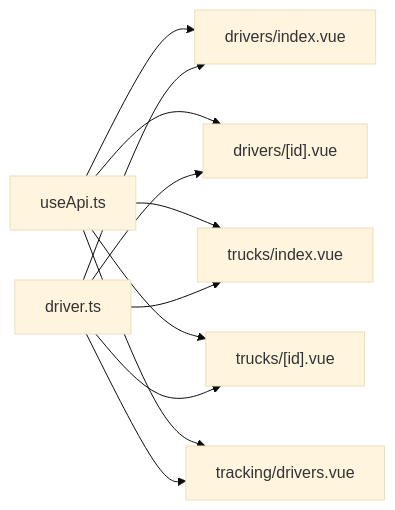
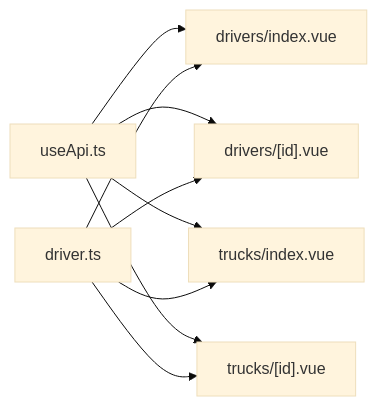
The ninth of 9 diagrams in .qoder/repowiki/en/content/Business Modules/Fleet Management.md (Lazynerd-Studios/lacarte-atlas-console), drawn with Mermaid (base theme) before and after one commit. The commit also changed other lines of this file and 12 other files, not shown here.

````diff
--- a/.qoder/repowiki/en/content/Business Modules/Fleet Management.md
+++ b/.qoder/repowiki/en/content/Business Modules/Fleet Management.md
@@ -529,13 +491,11 @@
 ```mermaid
 graph LR
 UseApi["useApi.ts"] --> DriversIndex["drivers/index.vue"]
 UseApi --> DriversDetail["drivers/[id].vue"]
 UseApi --> TrucksIndex["trucks/index.vue"]
 UseApi --> TrucksDetail["trucks/[id].vue"]
-UseApi --> TrackingDrivers["tracking/drivers.vue"]
 Types["driver.ts"] --> DriversIndex
 Types --> DriversDetail
 Types --> TrucksIndex
 Types --> TrucksDetail
-Types --> TrackingDrivers
 ```
````
